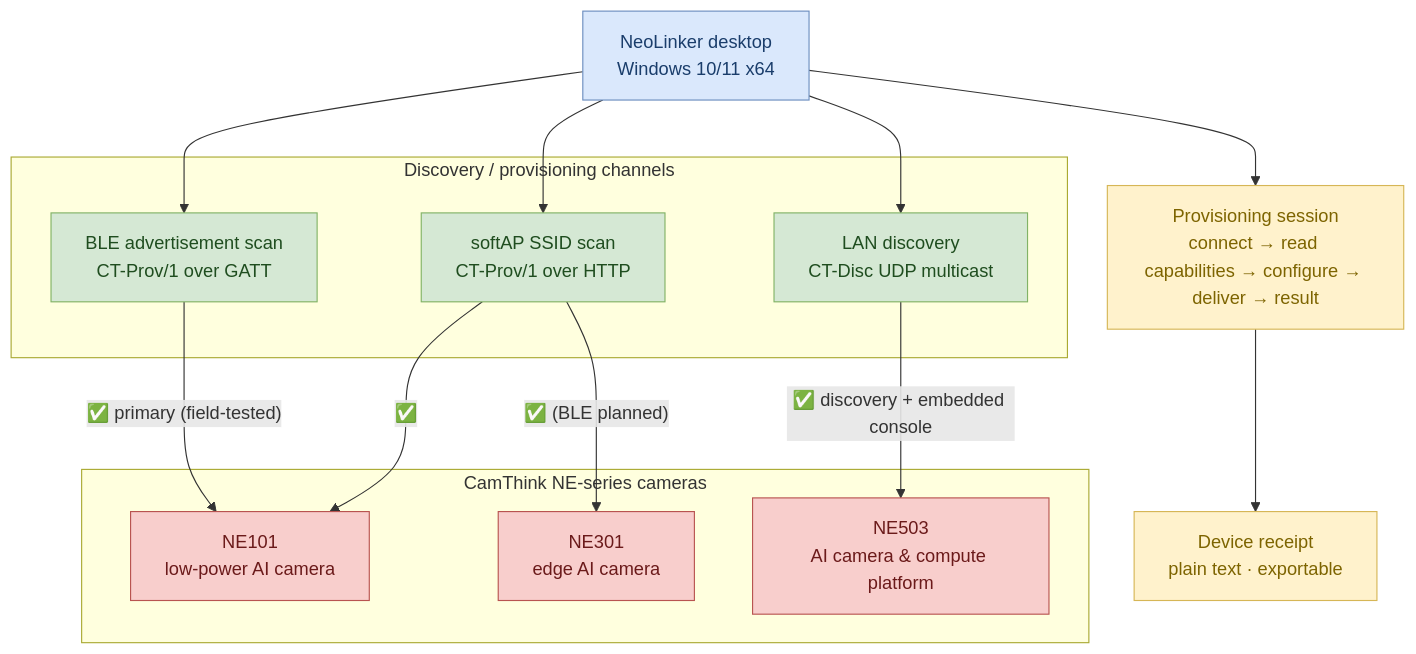
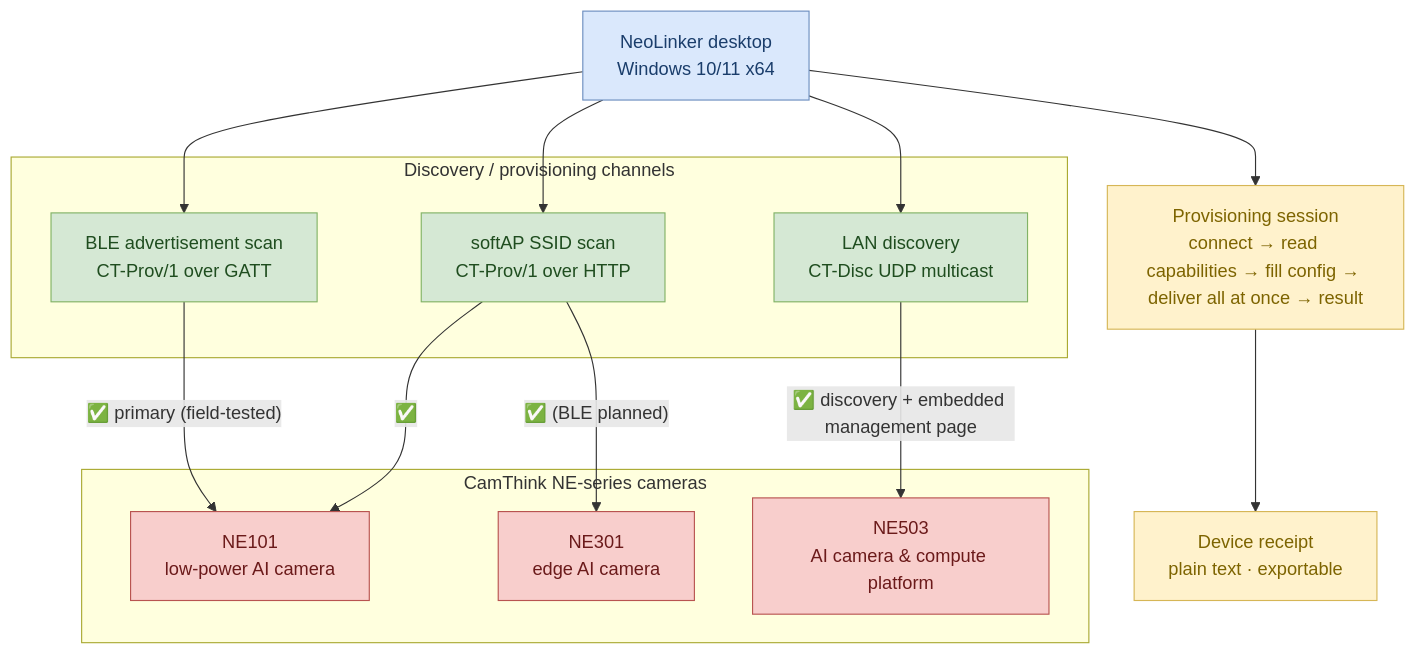
One commit to Oreofilling/wiki-documents changed the diagram in i18n/en/docusaurus-plugin-content-docs/current/7-neolinker/0-overview.md. Above: the diagram before and after it, drawn with Mermaid. The commit also changed other lines of this file and 15 other files, not shown here.

````diff
--- a/i18n/en/docusaurus-plugin-content-docs/current/7-neolinker/0-overview.md
+++ b/i18n/en/docusaurus-plugin-content-docs/current/7-neolinker/0-overview.md
@@ -28,35 +28,35 @@
 ```mermaid
 flowchart TB
     NL["NeoLinker desktop<br/>Windows 10/11 x64"]
 
     subgraph CH ["Discovery / provisioning channels"]
         BLE["BLE advertisement scan<br/>CT-Prov/1 over GATT"]
         AP["softAP SSID scan<br/>CT-Prov/1 over HTTP"]
         LAN["LAN discovery<br/>CT-Disc UDP multicast"]
     end
 
     subgraph DEV ["CamThink NE-series cameras"]
         NE101["NE101<br/>low-power AI camera"]
         NE301["NE301<br/>edge AI camera"]
         NE503["NE503<br/>AI camera & compute platform"]
     end
 
-    SESS["Provisioning session<br/>connect → read capabilities → configure → deliver → result"]
+    SESS["Provisioning session<br/>connect → read capabilities → fill config → deliver all at once → result"]
     RCT["Device receipt<br/>plain text · exportable"]
 
     NL --> BLE & AP & LAN
     BLE -->|"✅ primary (field-tested)"| NE101
     AP  -->|"✅"| NE101
     AP  -->|"✅ (BLE planned)"| NE301
-    LAN -->|"✅ discovery + embedded console"| NE503
+    LAN -->|"✅ discovery + embedded management page"| NE503
     NL --> SESS --> RCT
 
     classDef toolNode fill:#dae8fc,stroke:#6c8ebf,color:#1a3d6b
     classDef chanNode fill:#d5e8d4,stroke:#82b366,color:#1f4d1f
     classDef devNode fill:#f8cecc,stroke:#b85450,color:#6b1a1a
     classDef flowNode fill:#fff2cc,stroke:#d6b656,color:#7d6400
     class NL toolNode
     class BLE,AP,LAN chanNode
     class NE101,NE301,NE503 devNode
     class SESS,RCT flowNode
 ```
````
